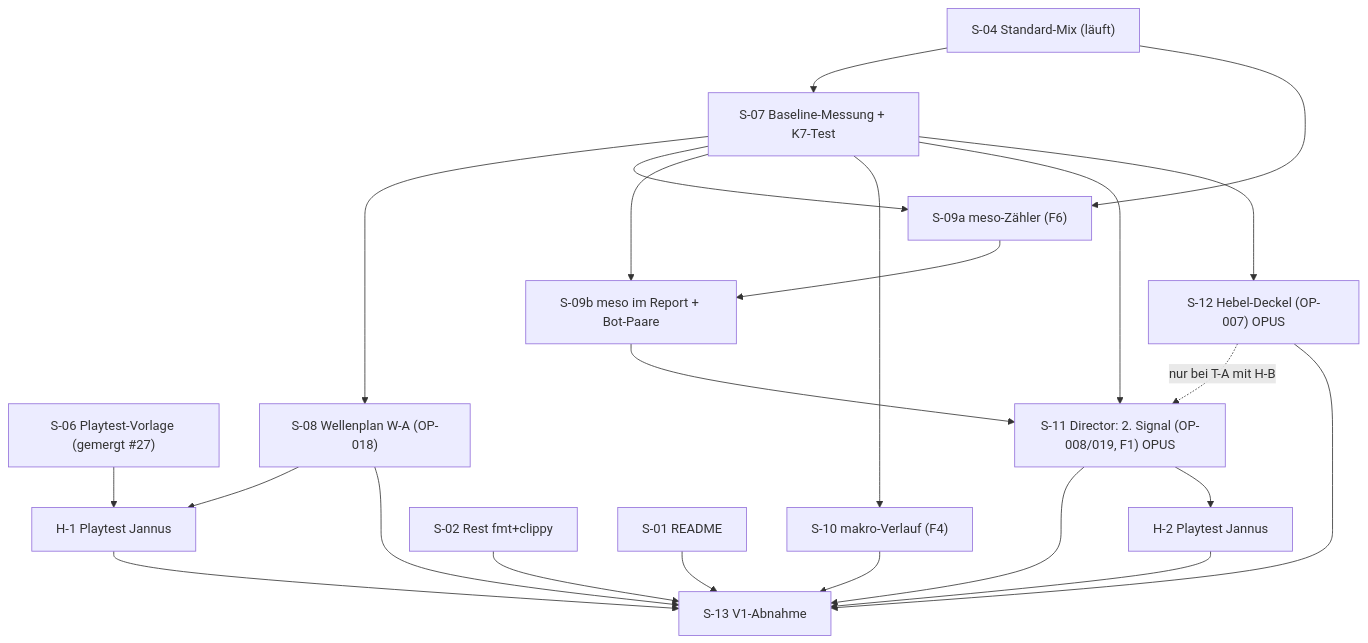
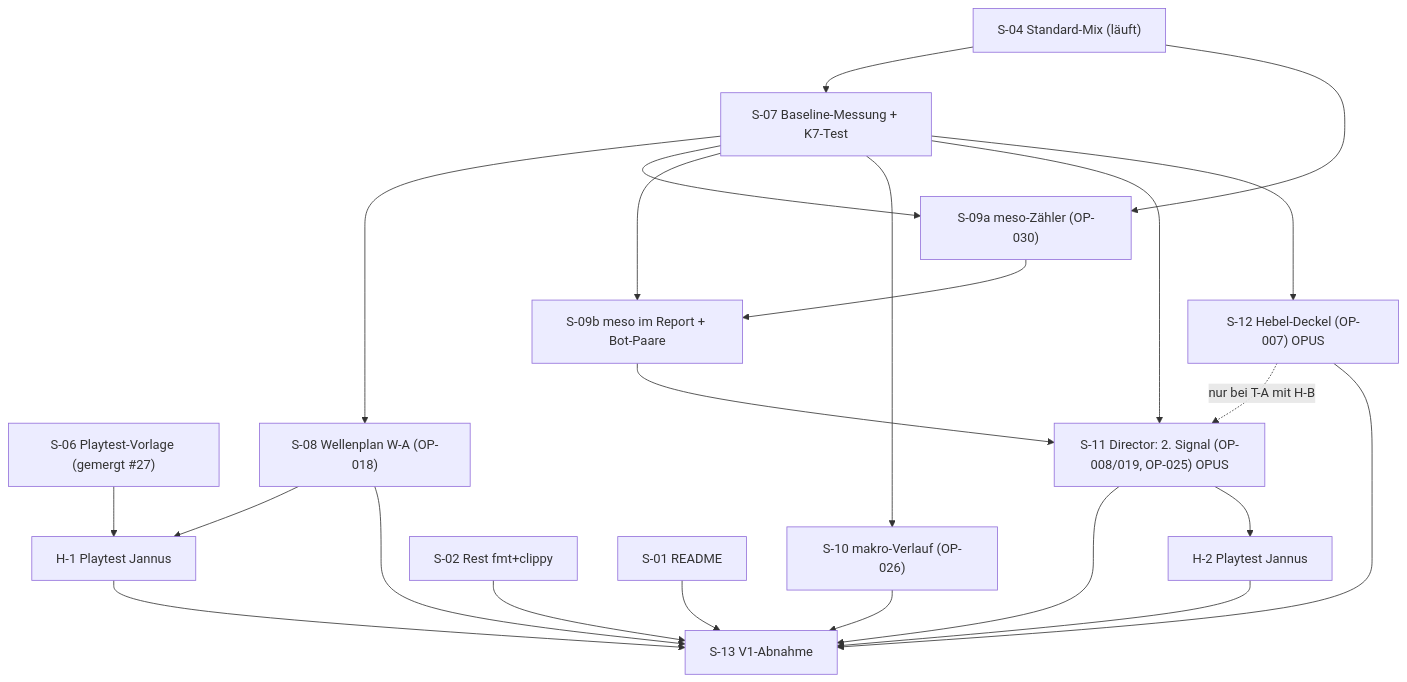
The second of 2 diagrams in docs/PLAN.md (Maginis00/Arena-flow), drawn with Mermaid before and after one commit. The commit also changed other lines of this file, not shown here.

````diff
--- a/docs/PLAN.md
+++ b/docs/PLAN.md
@@ -241,25 +245,25 @@
 ```mermaid
 flowchart TD
   S04["S-04 Standard-Mix (läuft)"] --> S07["S-07 Baseline-Messung + K7-Test"]
   S06["S-06 Playtest-Vorlage (gemergt #27)"] --> H1["H-1 Playtest Jannus"]
   S07 --> S08["S-08 Wellenplan W-A (OP-018)"]
   S08 --> H1
-  S04 --> S09a["S-09a meso-Zähler (F6)"]
+  S04 --> S09a["S-09a meso-Zähler (OP-030)"]
   S07 --> S09a
   S09a --> S09b["S-09b meso im Report + Bot-Paare"]
   S07 --> S09b
-  S07 --> S10["S-10 makro-Verlauf (F4)"]
-  S07 --> S11["S-11 Director: 2. Signal (OP-008/019, F1) OPUS"]
+  S07 --> S10["S-10 makro-Verlauf (OP-026)"]
+  S07 --> S11["S-11 Director: 2. Signal (OP-008/019, OP-025) OPUS"]
   S09b --> S11
   S12 -. "nur bei T-A mit H-B" .-> S11
   S07 --> S12["S-12 Hebel-Deckel (OP-007) OPUS"]
   S11 --> S13["S-13 V1-Abnahme"]
   S12 --> S13
   S10 --> S13
   S08 --> S13
   S02["S-02 Rest fmt+clippy"] --> S13
   S01["S-01 README"] --> S13
   H1 --> S13
   S11 --> H2["H-2 Playtest Jannus"]
   H2 --> S13
 ```
````
